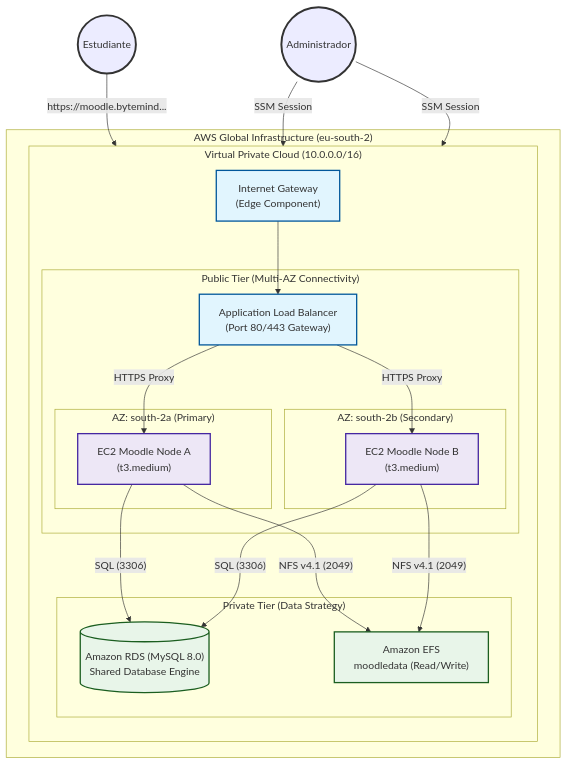
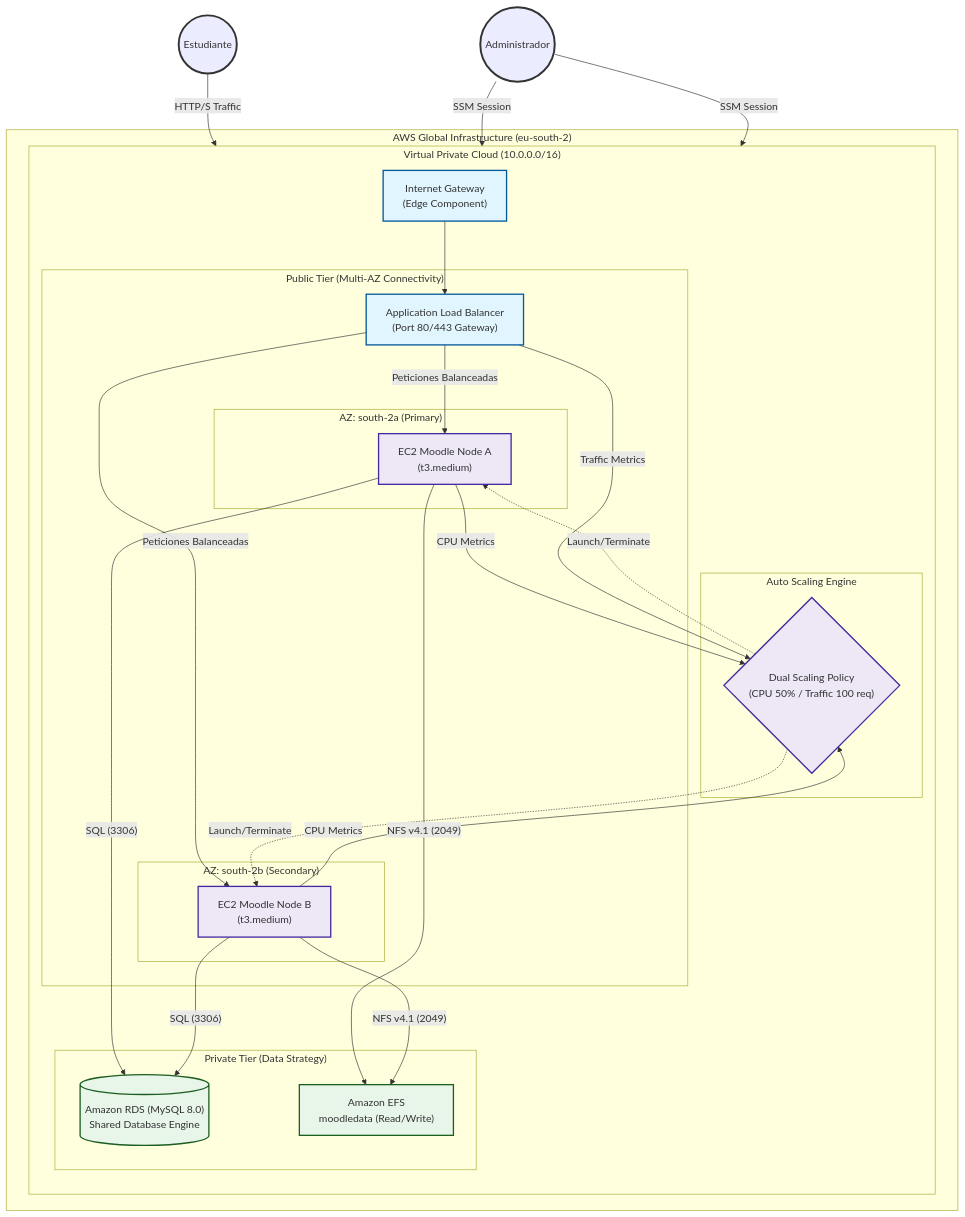
The diagram in docs/architecture_diagram.md (Madaru69/TFG), drawn with Mermaid before and after one commit.

Commit message:
docs: Update architecture diagram with Dual-Scaling logic 📐🌐🚀

````diff
--- a/docs/architecture_diagram.md
+++ b/docs/architecture_diagram.md
@@ -5,58 +5,69 @@
 ```mermaid
 graph TB
     %% --- ESTILOS PROFESIONALES ---
     classDef cloud fill:#f1f2f3,stroke:#3498db,stroke-width:2px,stroke-dasharray: 5 5;
     classDef network fill:#e1f5fe,stroke:#01579b,stroke-width:2px;
     classDef compute fill:#ede7f6,stroke:#4527a0,stroke-width:2px;
     classDef storage fill:#e8f5e9,stroke:#1b5e20,stroke-width:2px;
     classDef user stroke:#333,stroke-width:3px;
 
     %% --- ACTORES ---
     Alumno((Estudiante)):::user
     Admin((Administrador)):::user
 
     subgraph "AWS Global Infrastructure (eu-south-2)"
         subgraph "Virtual Private Cloud (10.0.0.0/16)"
             direction TB
             IGW["Internet Gateway<br/>(Edge Component)"]:::network
             
             subgraph "Public Tier (Multi-AZ Connectivity)"
                 ALB["Application Load Balancer<br/>(Port 80/443 Gateway)"]:::network
                 
                 subgraph "AZ: south-2a (Primary)"
                     EC2_A["EC2 Moodle Node A<br/>(t3.medium)"]:::compute
                 end
 
                 subgraph "AZ: south-2b (Secondary)"
                     EC2_B["EC2 Moodle Node B<br/>(t3.medium)"]:::compute
                 end
             end
 
+            subgraph "Auto Scaling Engine"
+                ASG_Brain{"Dual Scaling Policy<br/>(CPU 50% / Traffic 100 req)"}:::compute
+            end
+
             subgraph "Private Tier (Data Strategy)"
                 RDS[("Amazon RDS (MySQL 8.0)<br/>Shared Database Engine")]:::storage
                 EFS["Amazon EFS<br/>moodledata (Read/Write)"]:::storage
             end
         end
     end
 
     %% --- FLUJO DE DATOS ---
-    Alumno -- "https://moodle.bytemind..." --> IGW
+    Alumno -- "HTTP/S Traffic" --> IGW
     IGW --> ALB
     
-    ALB -- "HTTPS Proxy" --> EC2_A
-    ALB -- "HTTPS Proxy" --> EC2_B
+    ALB -- "Peticiones Balanceadas" --> EC2_A
+    ALB -- "Peticiones Balanceadas" --> EC2_B
     
+    %% --- INTELIGENCIA DE ESCALADO ---
+    EC2_A -- "CPU Metrics" --> ASG_Brain
+    EC2_B -- "CPU Metrics" --> ASG_Brain
+    ALB -- "Traffic Metrics" --> ASG_Brain
+    ASG_Brain -. "Launch/Terminate" .-> EC2_A
+    ASG_Brain -. "Launch/Terminate" .-> EC2_B
+
     EC2_A -- "SQL (3306)" --> RDS
     EC2_B -- "SQL (3306)" --> RDS
     
     EC2_A -- "NFS v4.1 (2049)" --> EFS
     EC2_B -- "NFS v4.1 (2049)" --> EFS
 
     Admin -- "SSM Session" --> EC2_A
     Admin -- "SSM Session" --> EC2_B
 
     %% --- CLASES DE ESTILO ---
     class IGW,ALB network;
     class EC2_A,EC2_B compute;
     class RDS,EFS storage;
 ```
````
